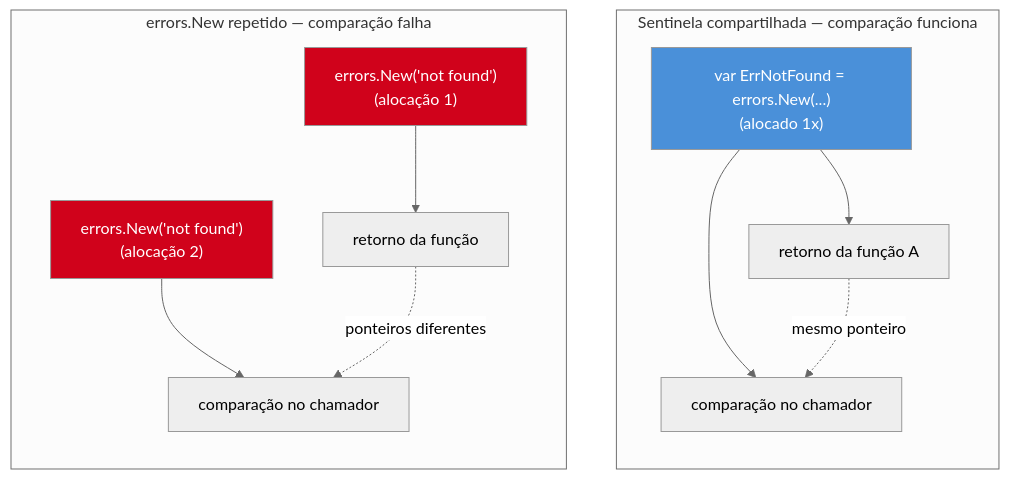
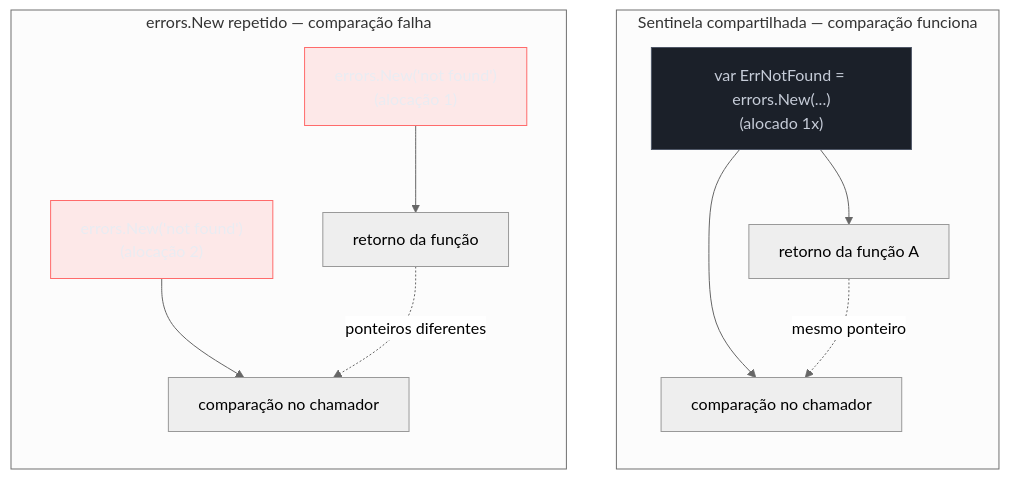
Before and after one commit to josenaldo/codex-technomanticus: the second of 2 diagrams in 03-Dominios/Tecnologia/Go/04 - Erros como valor/02 - Criando e comparando erros.md, drawn with Mermaid (neutral theme). The commit also changed other lines of this file and 1181 other files, not shown here.

First line of the commit message:
fix(diagramas): paleta do sistema no lugar de cor cravada no markdown

````diff
--- a/03-Dominios/Tecnologia/Go/04 - Erros como valor/02 - Criando e comparando erros.md
+++ b/03-Dominios/Tecnologia/Go/04 - Erros como valor/02 - Criando e comparando erros.md
@@ -140,19 +142,21 @@
 ```mermaid
 flowchart TB
+    classDef neutro fill:#1B2029,stroke:#4E5666,color:#C6CCD8
+    classDef falha fill:#FF6B6B24,stroke:#FF6B6B,color:#E9ECF2
     subgraph Certo["Sentinela compartilhada — comparação funciona"]
         direction TB
         V["var ErrNotFound = errors.New(...)\n(alocado 1x)"] --> C1["retorno da função A"]
         V --> C2["comparação no chamador"]
         C1 -.->|"mesmo ponteiro"| C2
     end
     subgraph Errado["errors.New repetido — comparação falha"]
         direction TB
         E1["errors.New('not found')\n(alocação 1)"] --> R1["retorno da função"]
         E2["errors.New('not found')\n(alocação 2)"] --> R2["comparação no chamador"]
         R1 -.->|"ponteiros diferentes"| R2
     end
 
-    style V fill:#4A90D9,color:#fff
-    style E1 fill:#D0021B,color:#fff
-    style E2 fill:#D0021B,color:#fff
+    class V neutro
+    class E1 falha
+    class E2 falha
 ```
````
